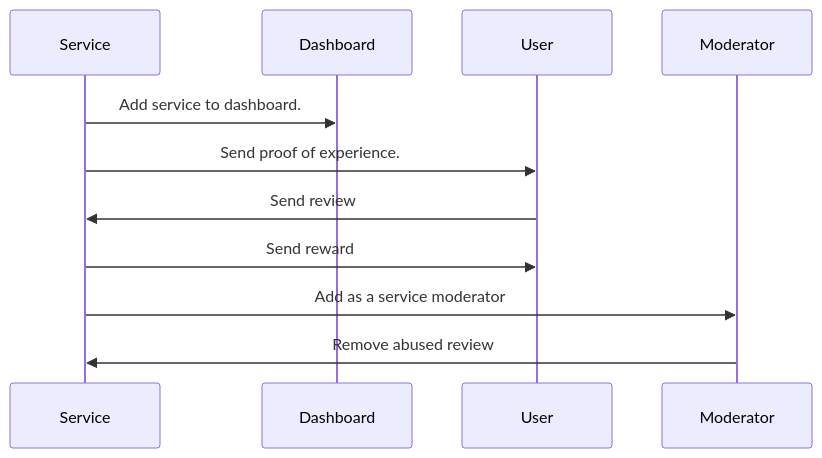
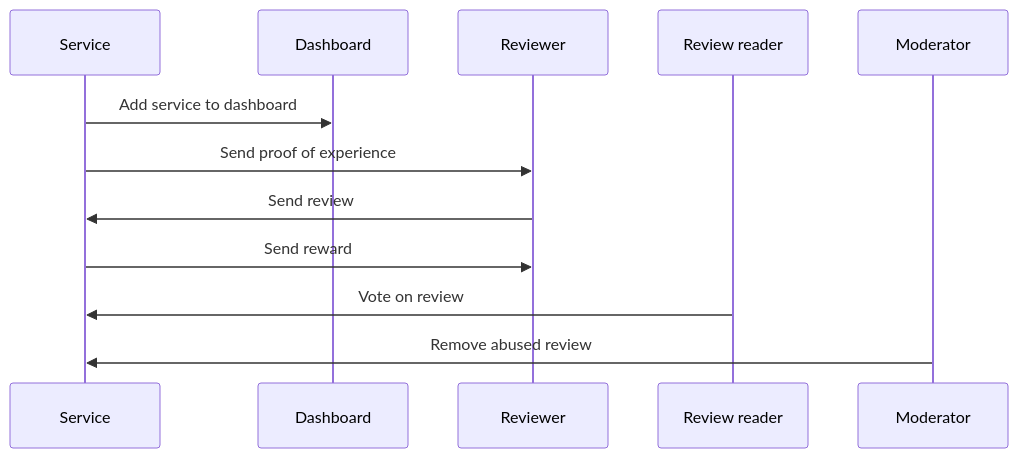
The diagram in docs/content/guides/developer/app-examples/reviews-rating.mdx (MystenLabs/sui), drawn with Mermaid before and after one commit. The commit also changed other lines of this file and 1 other file, not shown here.

Commit message:
docs: Update diagram and refactor move codes

````diff
--- a/docs/content/guides/developer/app-examples/reviews-rating.mdx
+++ b/docs/content/guides/developer/app-examples/reviews-rating.mdx
@@ -13,9 +13,9 @@
 ```mermaid
 sequenceDiagram
-  Service ->> Dashboard: Add service to dashboard.
-  Service ->> User: Send proof of experience.
-  User ->> Service: Send review
-  Service ->> User: Send reward
-  Service ->> Moderator: Add as a service moderator
+  Service ->> Dashboard: Add service to dashboard
+  Service ->> Reviewer: Send proof of experience
+  Reviewer ->> Service: Send review
+  Service ->> Reviewer: Send reward
+  Review reader ->> Service: Vote on review
   Moderator ->> Service: Remove abused review
 ```
````
